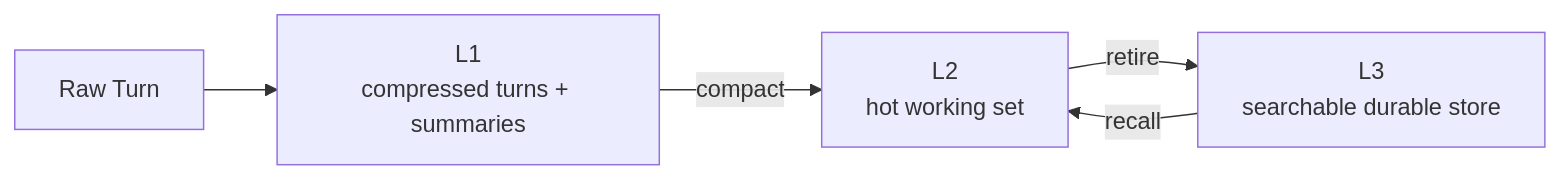
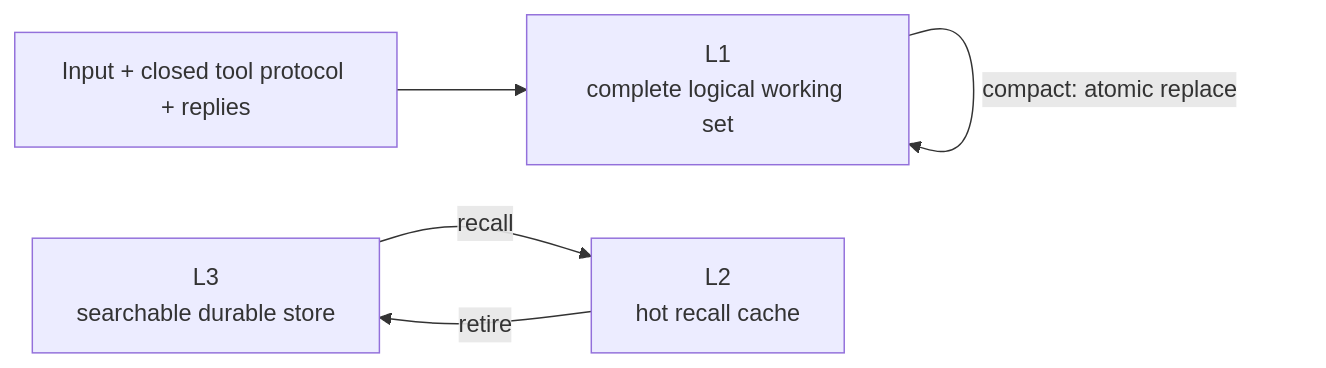
Before and after one commit to OtakuNathan/Pal: the diagram in docs/pal_memory_contract.md, drawn with Mermaid. The commit also changed other lines of this file and 78 other files, not shown here.

````diff
--- a/docs/pal_memory_contract.md
+++ b/docs/pal_memory_contract.md
@@ -56,7 +56,7 @@
 ```mermaid
 flowchart LR
-    TURN["Raw Turn"] --> L1["L1\ncompressed turns + summaries"]
-    L1 -->|compact| L2["L2\nhot working set"]
+    TURN["Input + closed tool protocol + replies"] --> L1["L1\ncomplete logical working set"]
+    L1 -->|compact: atomic replace| L1
+    L3 -->|recall| L2["L2\nhot recall cache"]
     L2 -->|retire| L3["L3\nsearchable durable store"]
-    L3 -->|recall| L2
 ```
````
